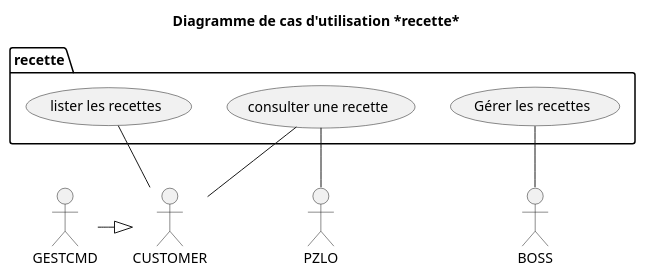
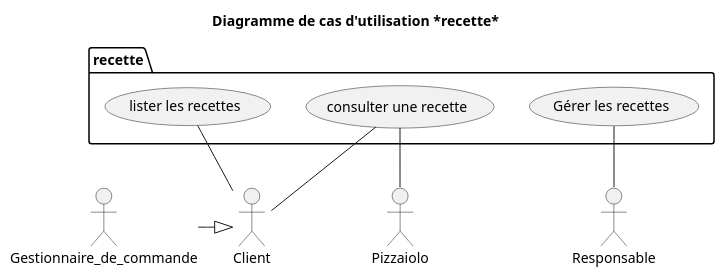
The diagram in doc/uml/03_recette.puml (Zepmanbc/oc_dapython_pr4), drawn with PlantUML before and after one commit. The commit also changed 3 other files, not shown here.

Commit message:
correction des noms dans les diagrammes

```diff
--- a/doc/uml/03_recette.puml
+++ b/doc/uml/03_recette.puml
@@ -1,24 +1,24 @@
 @startuml 03_recette
 title Diagramme de cas d'utilisation *recette*
 
-' actor Gestionnaire_de_commande as GESTCMD
-' actor Client as CUSTOMER
+actor Gestionnaire_de_commande as GESTCMD
+actor Client as CUSTOMER
 ' actor Gestionnaire_de_stock as GESTSTOCK
-' actor Pizzaiolo as PZLO
-' actor Responsable as BOSS
+actor Pizzaiolo as PZLO
+actor Responsable as BOSS
 ' actor Banque <<system>> as BANK
 
 package recette{
     (lister les recettes) as LIST_RECIPES
     (consulter une recette) as SHOW_RECIPE
     (Gérer les recettes) as MANAGE_RECIPE
 }
 
 MANAGE_RECIPE -- BOSS
 
 LIST_RECIPES -- CUSTOMER
 SHOW_RECIPE -- CUSTOMER
 GESTCMD -|> CUSTOMER
 SHOW_RECIPE -- PZLO
 
 @enduml
```
